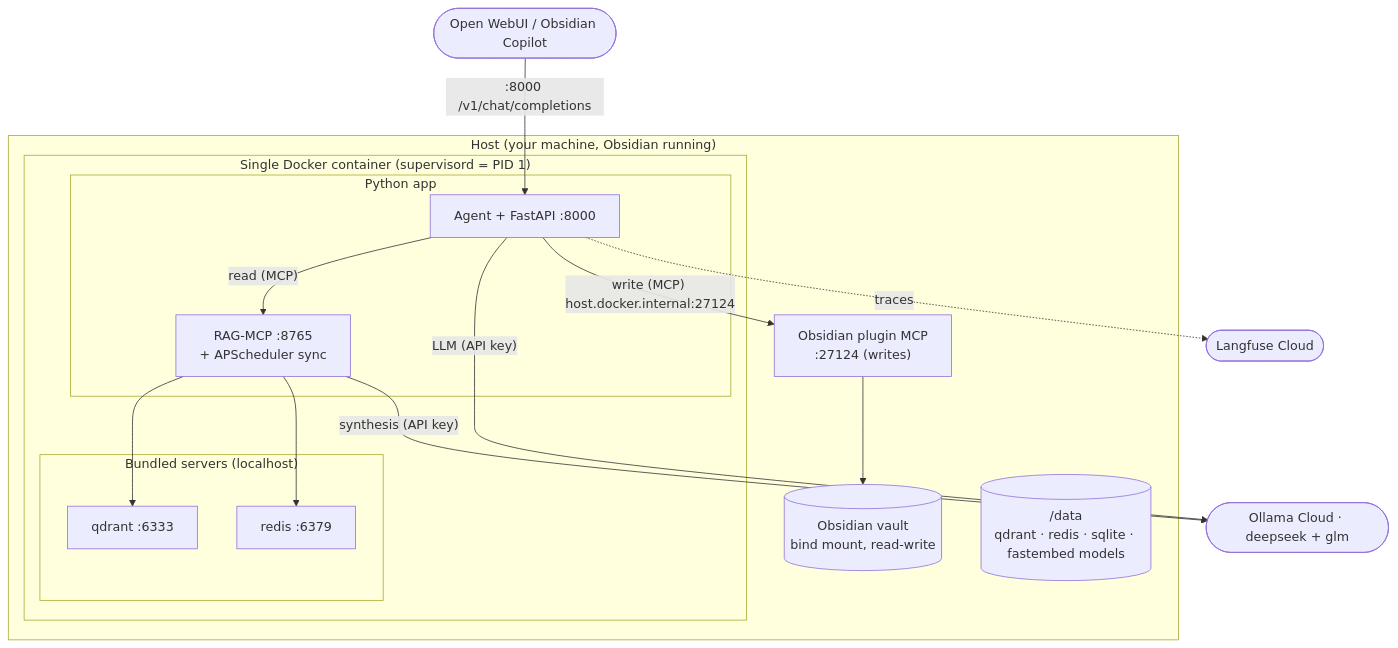
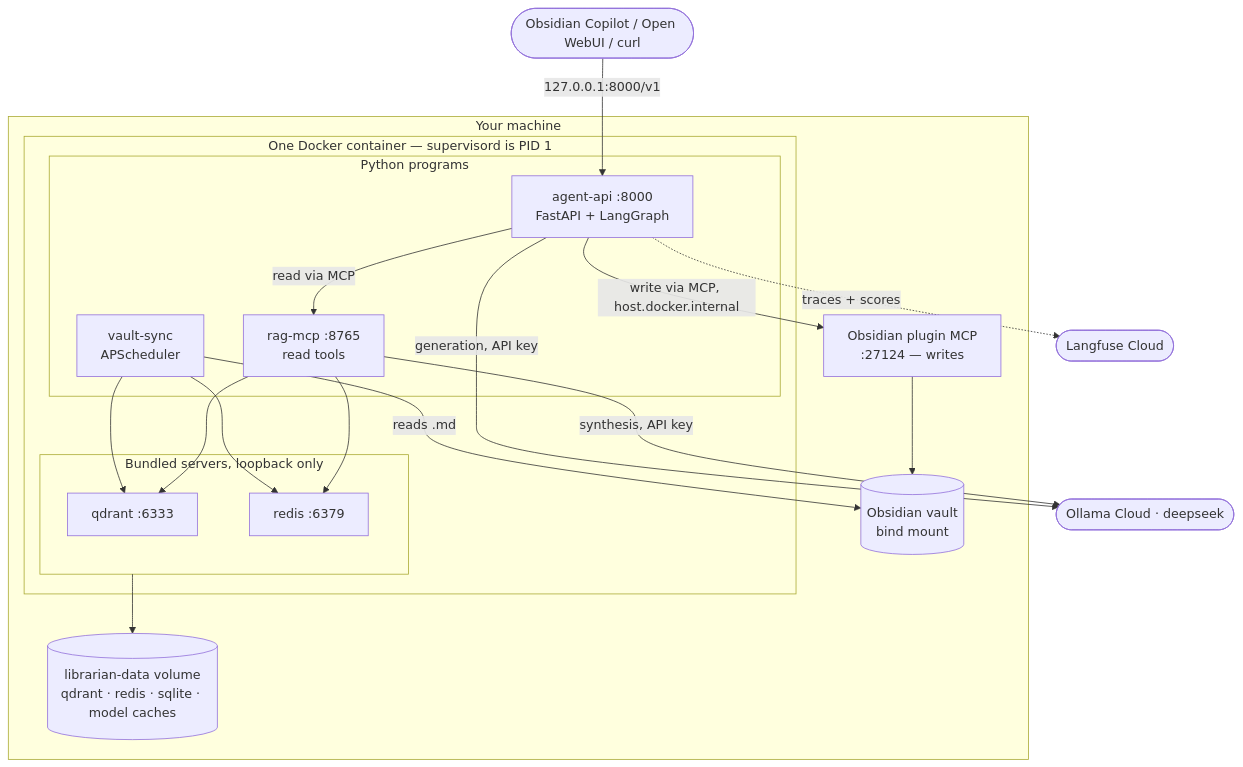
The second of 9 diagrams in docs/SPEC.md (Atrv-Shrn/Obsidian-Librarian), drawn with Mermaid before and after one commit. The commit also changed other lines of this file and 5 other files, not shown here.

First line of the commit message:
fix: never invoke the agent graph with an empty message list

````diff
--- a/docs/SPEC.md
+++ b/docs/SPEC.md
@@ -111,27 +147,32 @@
 ```mermaid
 flowchart TB
-  Clients([Open WebUI / Obsidian Copilot]) -->|":8000 /v1/chat/completions"| API
-  subgraph Host["Host (your machine, Obsidian running)"]
-    Vault[("Obsidian vault<br/>bind mount, read-write")]
-    Data[("/data<br/>qdrant · redis · sqlite · fastembed models")]
-    OBSMCP["Obsidian plugin MCP<br/>:27124 (writes)"]
-    subgraph C["Single Docker container (supervisord = PID 1)"]
-      subgraph Native["Bundled servers (localhost)"]
+  Clients(["Obsidian Copilot / Open WebUI / curl"]) -->|"127.0.0.1:8000/v1"| API
+  subgraph Host["Your machine"]
+    Vault[("Obsidian vault<br/>bind mount")]
+    Data[("librarian-data volume<br/>qdrant · redis · sqlite · model caches")]
+    OBSMCP["Obsidian plugin MCP<br/>:27124 — writes"]
+    subgraph C["One Docker container — supervisord is PID 1"]
+      subgraph Native["Bundled servers, loopback only"]
         QD["qdrant :6333"]
         RS["redis :6379"]
       end
-      subgraph Py["Python app"]
-        RM["RAG-MCP :8765<br/>+ APScheduler sync"]
-        API["Agent + FastAPI :8000"]
+      subgraph Py["Python programs"]
+        RM["rag-mcp :8765<br/>read tools"]
+        API["agent-api :8000<br/>FastAPI + LangGraph"]
+        SY["vault-sync<br/>APScheduler"]
       end
     end
   end
-  API -->|"read (MCP)"| RM
-  API -->|"write (MCP) host.docker.internal:27124"| OBSMCP
-  OBSMCP --> Vault
-  API -->|"LLM (API key)"| LLMc(["Ollama Cloud · deepseek + glm"])
-  RM -->|"synthesis (API key)"| LLMc
-  API -. traces .-> LF([Langfuse Cloud])
+  SY -->|"reads .md"| Vault
+  SY --> QD
+  SY --> RS
   RM --> QD
   RM --> RS
+  API -->|"read via MCP"| RM
+  API -->|"write via MCP, host.docker.internal"| OBSMCP
+  OBSMCP --> Vault
+  API -->|"generation, API key"| LLMc(["Ollama Cloud · deepseek"])
+  RM -->|"synthesis, API key"| LLMc
+  API -. traces + scores .-> LF(["Langfuse Cloud"])
+  Native --> Data
 ```
````
